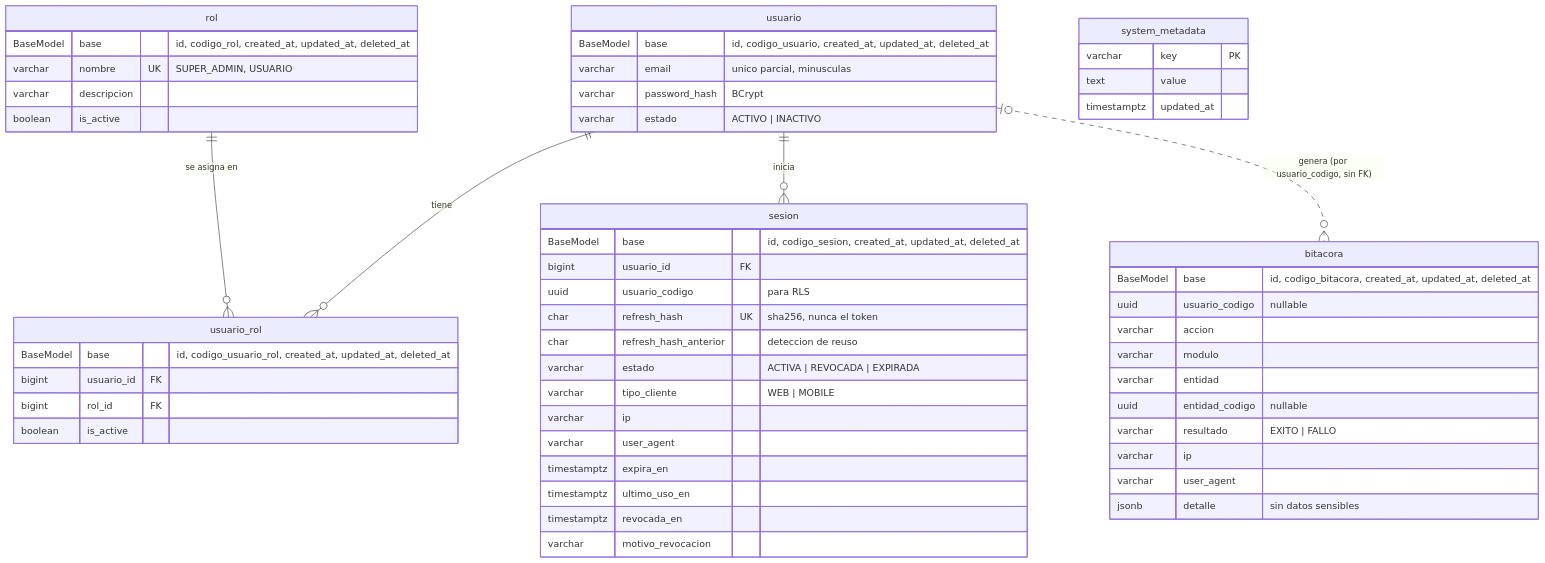
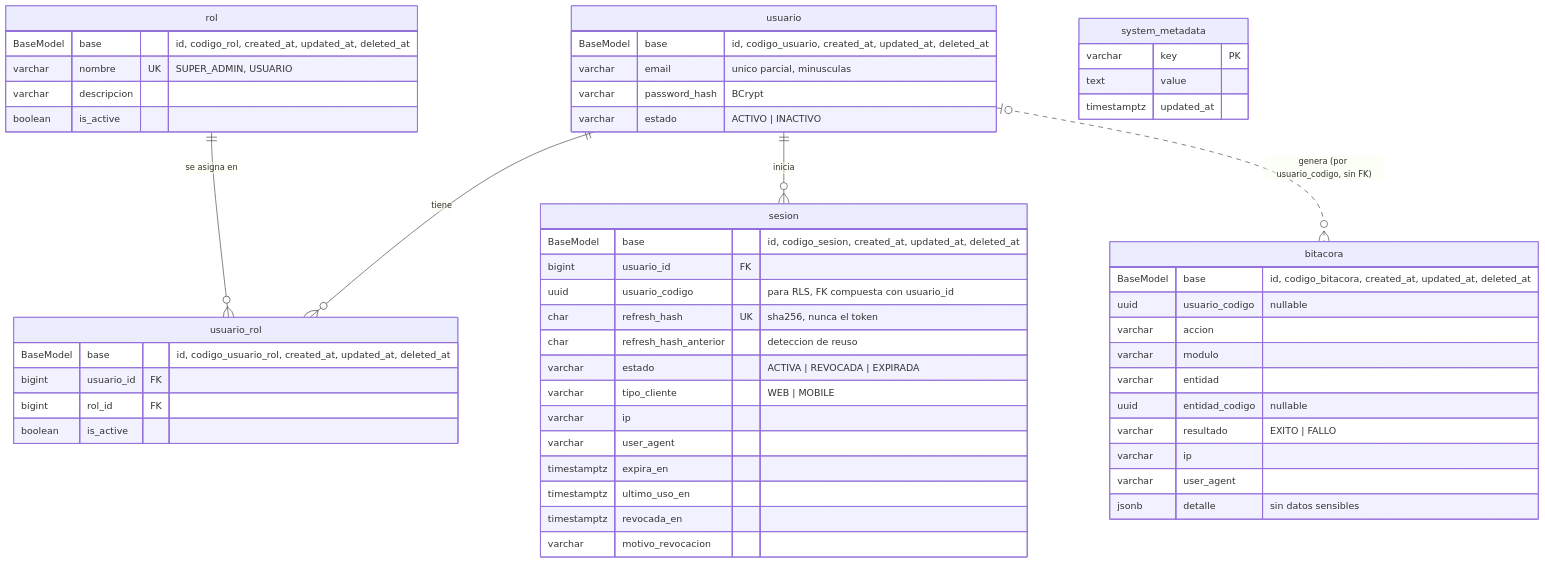
Before and after one commit to Mau8877/DevelopLayout: the diagram in docs/BASE_DE_DATOS.mermaid, drawn with Mermaid. The commit also changed 1 other file, not shown here.

Commit message:
docs[REPO]: FK compuesta usuario_id y usuario_codigo en sesion

```diff
--- a/docs/BASE_DE_DATOS.mermaid
+++ b/docs/BASE_DE_DATOS.mermaid
@@ -1,57 +1,57 @@
 erDiagram
     usuario ||--o{ usuario_rol : "tiene"
     rol ||--o{ usuario_rol : "se asigna en"
     usuario ||--o{ sesion : "inicia"
     usuario |o..o{ bitacora : "genera (por usuario_codigo, sin FK)"
 
     usuario {
         BaseModel base "id, codigo_usuario, created_at, updated_at, deleted_at"
         varchar email "unico parcial, minusculas"
         varchar password_hash "BCrypt"
         varchar estado "ACTIVO | INACTIVO"
     }
     rol {
         BaseModel base "id, codigo_rol, created_at, updated_at, deleted_at"
         varchar nombre UK "SUPER_ADMIN, USUARIO"
         varchar descripcion
         boolean is_active
     }
     usuario_rol {
         BaseModel base "id, codigo_usuario_rol, created_at, updated_at, deleted_at"
         bigint usuario_id FK
         bigint rol_id FK
         boolean is_active
     }
     sesion {
         BaseModel base "id, codigo_sesion, created_at, updated_at, deleted_at"
         bigint usuario_id FK
-        uuid usuario_codigo "para RLS"
+        uuid usuario_codigo "para RLS, FK compuesta con usuario_id"
         char refresh_hash UK "sha256, nunca el token"
         char refresh_hash_anterior "deteccion de reuso"
         varchar estado "ACTIVA | REVOCADA | EXPIRADA"
         varchar tipo_cliente "WEB | MOBILE"
         varchar ip
         varchar user_agent
         timestamptz expira_en
         timestamptz ultimo_uso_en
         timestamptz revocada_en
         varchar motivo_revocacion
     }
     bitacora {
         BaseModel base "id, codigo_bitacora, created_at, updated_at, deleted_at"
         uuid usuario_codigo "nullable"
         varchar accion
         varchar modulo
         varchar entidad
         uuid entidad_codigo "nullable"
         varchar resultado "EXITO | FALLO"
         varchar ip
         varchar user_agent
         jsonb detalle "sin datos sensibles"
     }
 
     system_metadata {
         varchar key PK
         text value
         timestamptz updated_at
     }
```
